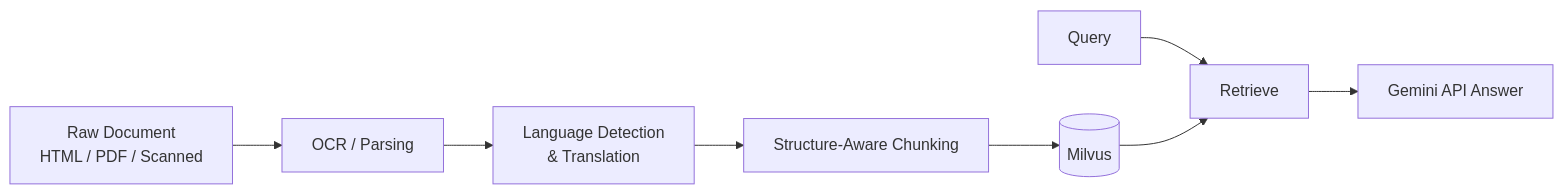
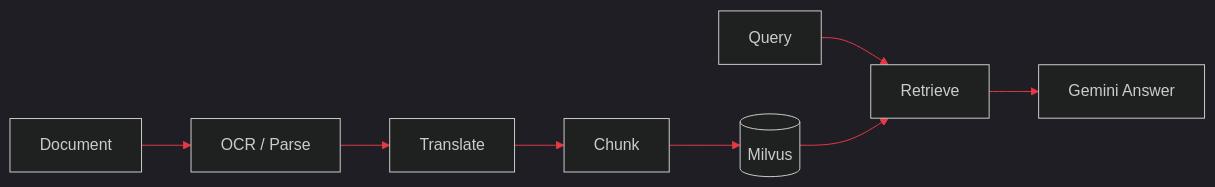
One commit to ruthcaroliine/ruthcaroliine changed the third of 4 diagrams in README.md. Above: the diagram before and after it, drawn with Mermaid. The commit also changed other lines of this file, not shown here.

````diff
--- a/README.md
+++ b/README.md
@@ -58,10 +75,11 @@
 ```mermaid
+%%{init: {'theme':'dark', 'themeVariables': {'primaryColor':'#000000','primaryTextColor':'#ffffff','primaryBorderColor':'#E63946','lineColor':'#E63946','tertiaryColor':'#000000'}}}%%
 flowchart LR
-    A[Raw Document<br/>HTML / PDF / Scanned] --> B[OCR / Parsing]
-    B --> C[Language Detection<br/>& Translation]
-    C --> D[Structure-Aware Chunking]
+    A[Document] --> B[OCR / Parse]
+    B --> C[Translate]
+    C --> D[Chunk]
     D --> E[(Milvus)]
     F[Query] --> G[Retrieve]
     E --> G
-    G --> H[Gemini API Answer]
+    G --> H[Gemini Answer]
 ```
````
